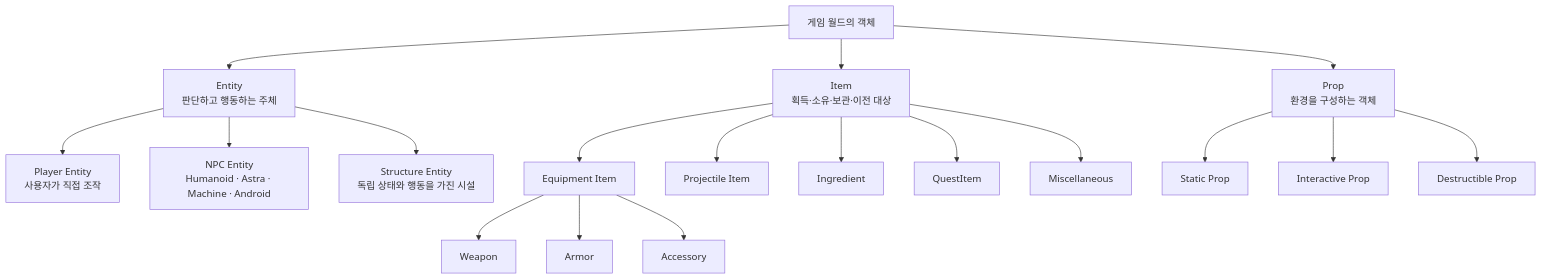
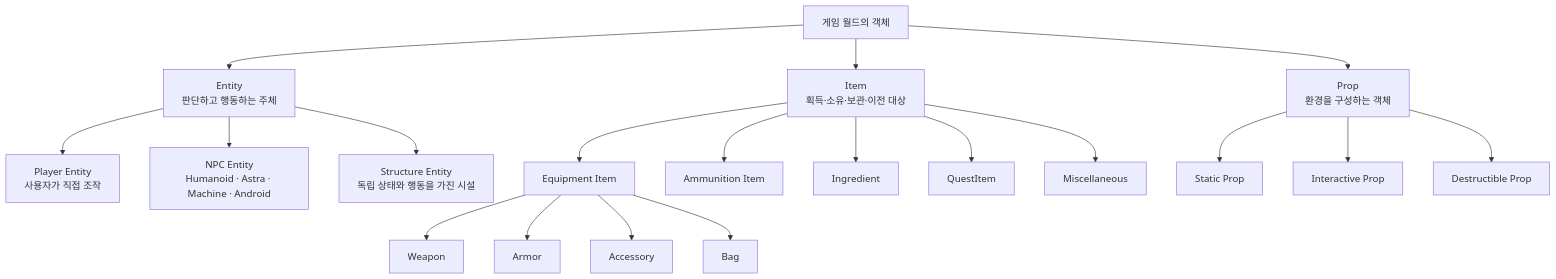
Before and after one commit to liang2papa/Astra_Docs: the diagram in Wiki/02_게임 기획/게임 객체 분류.md, drawn with Mermaid. The commit also changed other lines of this file and 19 other files, not shown here.

````diff
--- a/Wiki/02_게임 기획/게임 객체 분류.md
+++ b/Wiki/02_게임 기획/게임 객체 분류.md
@@ -3,23 +3,24 @@
 ```mermaid
 flowchart TD
     Object["게임 월드의 객체"] --> Entity["Entity<br/>판단하고 행동하는 주체"]
     Object --> Item["Item<br/>획득·소유·보관·이전 대상"]
     Object --> Prop["Prop<br/>환경을 구성하는 객체"]
 
     Entity --> Player["Player Entity<br/>사용자가 직접 조작"]
     Entity --> NPC["NPC Entity<br/>Humanoid · Astra · Machine · Android"]
     Entity --> Structure["Structure Entity<br/>독립 상태와 행동을 가진 시설"]
 
     Item --> Equipment["Equipment Item"]
     Equipment --> Weapon["Weapon"]
     Equipment --> Armor["Armor"]
     Equipment --> Accessory["Accessory"]
-    Item --> Projectile["Projectile Item"]
+    Equipment --> Bag["Bag"]
+    Item --> Ammunition["Ammunition Item"]
     Item --> Ingredient["Ingredient"]
     Item --> Quest["QuestItem"]
     Item --> Misc["Miscellaneous"]
 
     Prop --> Static["Static Prop"]
     Prop --> Interactive["Interactive Prop"]
     Prop --> Destructible["Destructible Prop"]
 ```
````
